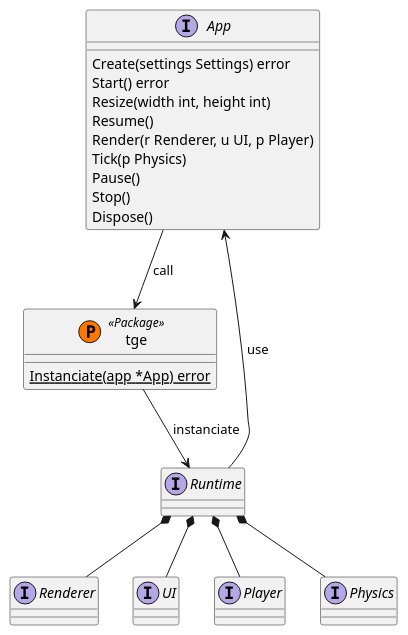
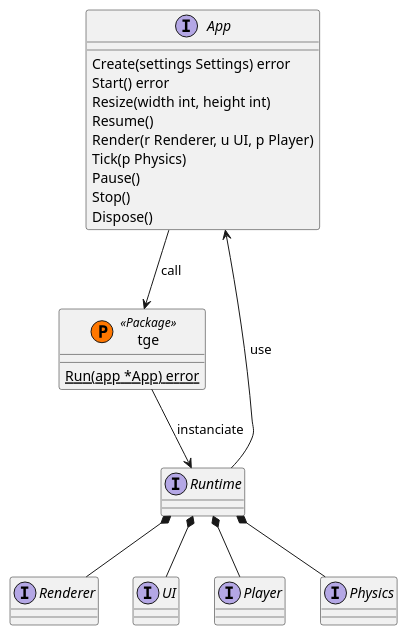
The diagram in specs/api.puml (Thommil/tge), drawn with PlantUML before and after one commit. The commit also changed 5 other files, not shown here.

Commit message:
Run instead of Instanciate

```diff
--- a/specs/api.puml
+++ b/specs/api.puml
@@ -2,43 +2,43 @@
 @startuml API
 ' Components
 interface App {
     Create(settings Settings) error
     Start() error
     Resize(width int, height int)
     Resume()
     Render(r Renderer, u UI, p Player)
     Tick(p Physics)
     Pause()
     Stop()
     Dispose()
 }
 
 class tge << (P,#FF7700) Package >> {
-    {static} Instanciate(app *App) error
+    {static} Run(app *App) error
 }
 
 interface Runtime {
 }
 
 interface Renderer {
 }
 
 interface UI {
 }
 
 interface Player {
 }
 
 interface Physics {
 }
 
 ' Relations
 App --> tge : call
 tge --> Runtime : instanciate
 App <-- Runtime : use
 
 Runtime *-- Renderer
 Runtime *-- UI
 Runtime *-- Player
 Runtime *-- Physics
 @enduml
```
